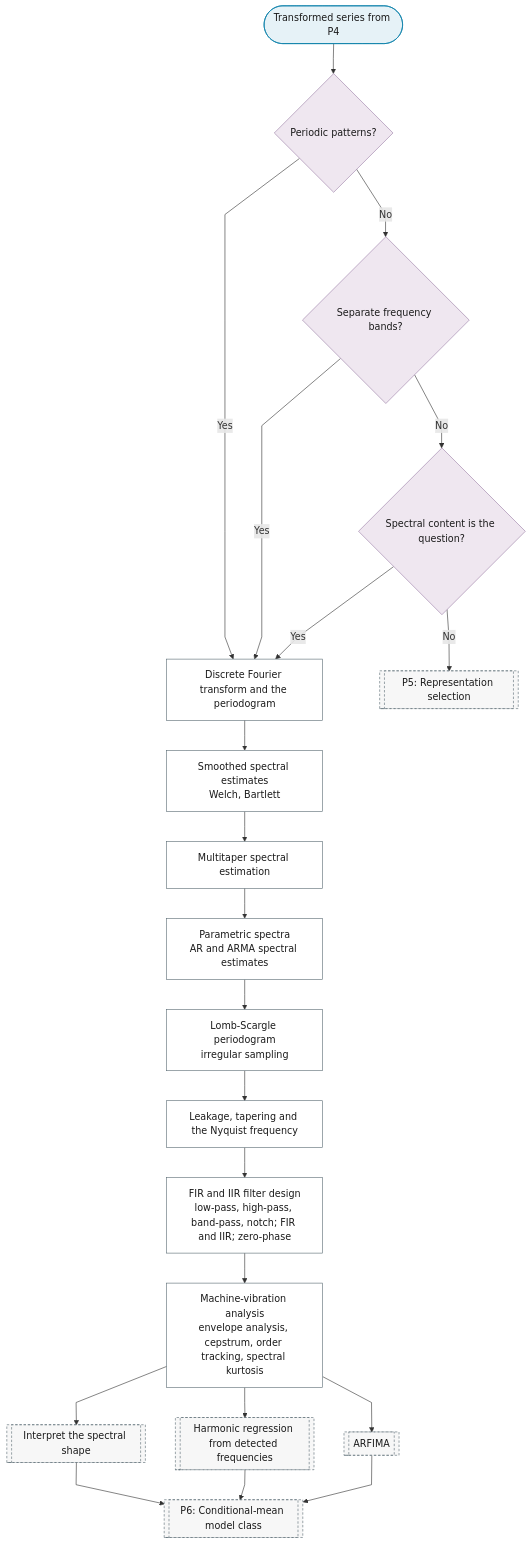
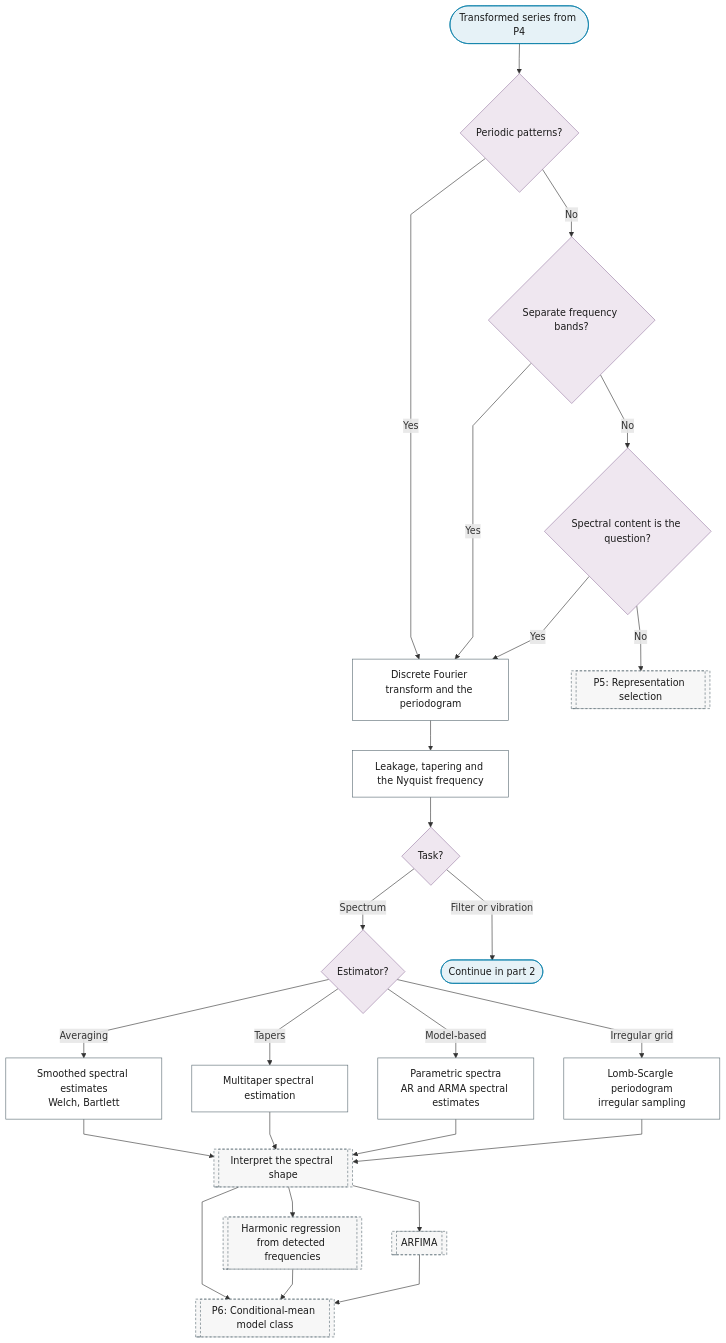
The first of 2 diagrams in docs/01-workflow/p05-representation/02-frequency-domain.md (Shuxin-Y/time-series-analysis-manual), drawn with Mermaid before and after one commit. The commit also changed other lines of this file and 8 other files, not shown here.

First line of the commit message:
fix(flowchart): alternatives are fan-outs, dependencies are chains

````diff
--- a/docs/01-workflow/p05-representation/02-frequency-domain.md
+++ b/docs/01-workflow/p05-representation/02-frequency-domain.md
@@ -7,34 +9,35 @@
 ```mermaid
 %%{init: {"flowchart": {"curve": "linear"}}}%%
 graph TD
     P5_FD_IN(["Transformed series from P4"]) --> P5_FD_PERIODIC{"Periodic patterns?"}
     P5_FD_PERIODIC -->|"Yes"| P5_FD_DFT["Discrete Fourier transform and the periodogram"]
     P5_FD_PERIODIC -->|"No"| P5_FD_BANDS{"Separate frequency bands?"}
     P5_FD_BANDS -->|"Yes"| P5_FD_DFT
     P5_FD_BANDS -->|"No"| P5_FD_SPECTRAL{"Spectral content is the question?"}
     P5_FD_SPECTRAL -->|"Yes"| P5_FD_DFT
     P5_FD_SPECTRAL -->|"No"| P5[["P5: Representation selection"]]
-    P5_FD_DFT --> P5_FD_SMOOTHED["Smoothed spectral estimates<br/>Welch, Bartlett"]
-    P5_FD_SMOOTHED --> P5_FD_MULTITAPER["Multitaper spectral estimation"]
-    P5_FD_MULTITAPER --> P5_FD_PARAMETRIC["Parametric spectra<br/>AR and ARMA spectral estimates"]
-    P5_FD_PARAMETRIC --> P5_FD_LOMB_SCARGLE["Lomb-Scargle periodogram<br/>irregular sampling"]
-    P5_FD_LOMB_SCARGLE --> P5_FD_LEAKAGE["Leakage, tapering and the Nyquist frequency"]
-    P5_FD_LEAKAGE --> P5_FD_FILTERS["FIR and IIR filter design<br/>low-pass, high-pass, band-pass, notch; FIR and IIR; zero-phase"]
-    P5_FD_FILTERS --> P5_FD_ENVELOPE["Machine-vibration analysis<br/>envelope analysis, cepstrum, order tracking, spectral kurtosis"]
-    P5_FD_ENVELOPE --> P2_SP_SPECTRAL_SHAPE[["Interpret the spectral shape"]]
-    P5_FD_ENVELOPE --> P2_SP_HARMONIC_REGRESSION[["Harmonic regression from detected frequencies"]]
-    P5_FD_ENVELOPE --> P6_ARFIMA[["ARFIMA"]]
+    P5_FD_DFT --> P5_FD_LEAKAGE["Leakage, tapering and the Nyquist frequency"]
+    P5_FD_LEAKAGE --> P5_FD_TASK{"Task?"}
+    P5_FD_TASK -->|"Spectrum"| P5_FD_ESTIMATOR{"Estimator?"}
+    P5_FD_TASK -->|"Filter or vibration"| P5_FD_TO_PART_2(["Continue in part 2"])
+    P5_FD_ESTIMATOR -->|"Averaging"| P5_FD_SMOOTHED["Smoothed spectral estimates<br/>Welch, Bartlett"]
+    P5_FD_ESTIMATOR -->|"Tapers"| P5_FD_MULTITAPER["Multitaper spectral estimation"]
+    P5_FD_ESTIMATOR -->|"Model-based"| P5_FD_PARAMETRIC["Parametric spectra<br/>AR and ARMA spectral estimates"]
+    P5_FD_ESTIMATOR -->|"Irregular grid"| P5_FD_LOMB_SCARGLE["Lomb-Scargle periodogram<br/>irregular sampling"]
+    P5_FD_SMOOTHED & P5_FD_MULTITAPER & P5_FD_PARAMETRIC & P5_FD_LOMB_SCARGLE --> P2_SP_SPECTRAL_SHAPE[["Interpret the spectral shape"]]
+    P2_SP_SPECTRAL_SHAPE --> P2_SP_HARMONIC_REGRESSION[["Harmonic regression from detected frequencies"]]
+    P2_SP_SPECTRAL_SHAPE --> P6_ARFIMA[["ARFIMA"]]
     P2_SP_SPECTRAL_SHAPE & P2_SP_HARMONIC_REGRESSION & P6_ARFIMA --> P6[["P6: Conditional-mean model class"]]
-    class P5_FD_IN terminator
-    class P5_FD_PERIODIC,P5_FD_BANDS,P5_FD_SPECTRAL decision
-    class P5_FD_DFT,P5_FD_SMOOTHED,P5_FD_MULTITAPER,P5_FD_PARAMETRIC,P5_FD_LOMB_SCARGLE,P5_FD_LEAKAGE,P5_FD_FILTERS,P5_FD_ENVELOPE process
+    class P5_FD_IN,P5_FD_TO_PART_2 terminator
+    class P5_FD_PERIODIC,P5_FD_BANDS,P5_FD_SPECTRAL,P5_FD_TASK,P5_FD_ESTIMATOR decision
+    class P5_FD_DFT,P5_FD_LEAKAGE,P5_FD_SMOOTHED,P5_FD_MULTITAPER,P5_FD_PARAMETRIC,P5_FD_LOMB_SCARGLE process
     class P5,P2_SP_SPECTRAL_SHAPE,P2_SP_HARMONIC_REGRESSION,P6_ARFIMA,P6 ref
     classDef terminator fill:#E6F2F7,stroke:#007BA7,color:#1A1A1A;
     classDef process fill:#FFFFFF,stroke:#5A6B73,color:#1A1A1A;
     classDef decision fill:#EFE7F0,stroke:#9B7FA7,color:#1A1A1A;
     classDef data fill:#FFF4E0,stroke:#C9A55E,color:#1A1A1A;
     classDef good fill:#DCEFD8,stroke:#4A7A3F,color:#1A1A1A;
     classDef escalate fill:#FFE9C2,stroke:#C9A55E,color:#1A1A1A;
     classDef problem fill:#F2D9DE,stroke:#800020,color:#1A1A1A;
     classDef ref fill:#F7F7F7,stroke:#5A6B73,color:#1A1A1A,stroke-dasharray:4 3;
 ```
````
